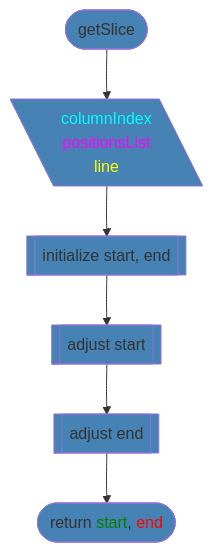
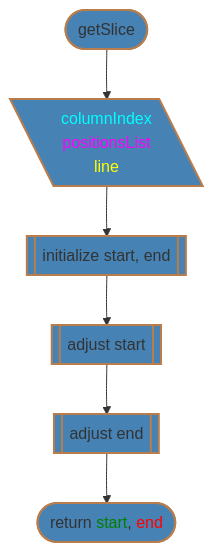
The seventh of 20 diagrams in scripts/table/design.md (7s4e/p3), drawn with Mermaid before and after one commit. The commit also changed other lines of this file, not shown here.

````diff
--- a/scripts/table/design.md
+++ b/scripts/table/design.md
@@ -221,18 +221,18 @@
 ```mermaid
 flowchart
-    classDef fill fill:#4682b4
-    STR([getSlice]):::fill
+    classDef shape fill:#4682b4,stroke:#b97d4b,stroke-width:2px
+    STR([getSlice]):::shape
         STR --> ARG
     ARG[\"<span style='color:cyan;'>columnIndex</span>
           <span style='color:magenta;'>positionsList</span>
-          <span style='color:yellow;'>line</span>"\]:::fill
+          <span style='color:yellow;'>line</span>"\]:::shape
         ARG --> INT
-    INT[[initialize start, end]]:::fill
+    INT[[initialize start, end]]:::shape
         INT --> AJS
-    AJS[[adjust start]]:::fill
+    AJS[[adjust start]]:::shape
         AJS --> AJE
-    AJE[[adjust end]]:::fill
+    AJE[[adjust end]]:::shape
         AJE --> END
     END(["return <span style='color:green;'>start</span>, <span style=
-              'color:red;'>end</span>"]):::fill
+              'color:red;'>end</span>"]):::shape
 ```
````
